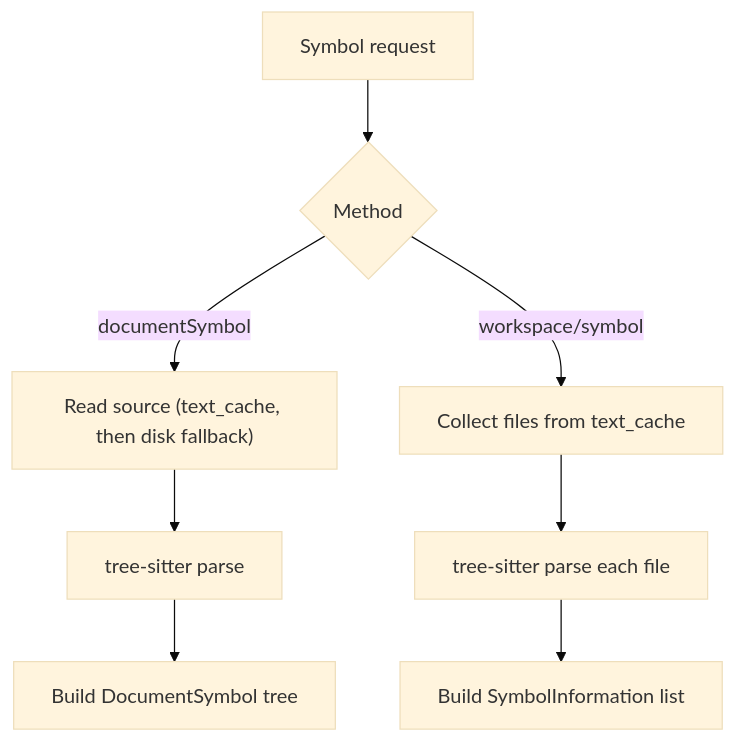
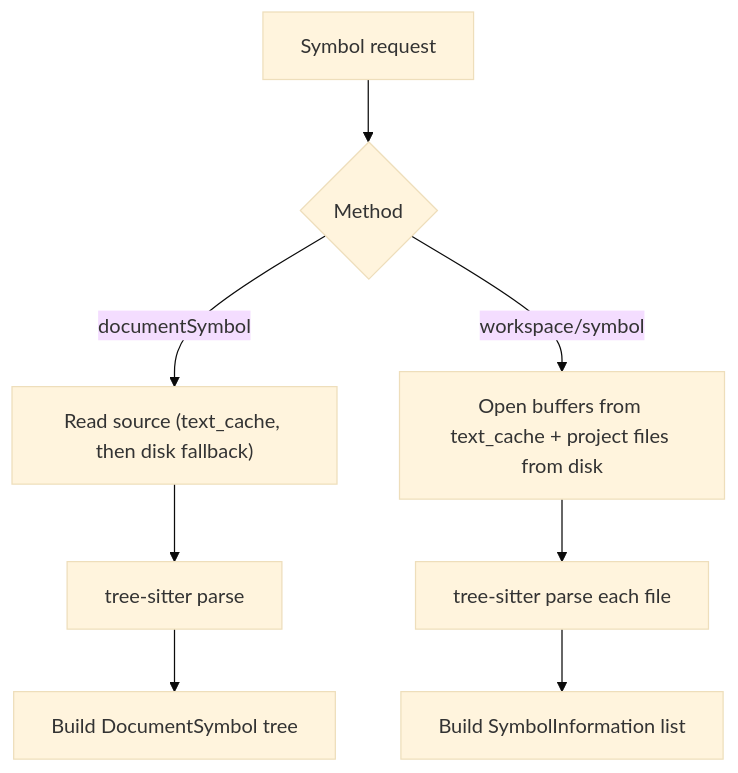
Before and after one commit to asyncswap/solidity-language-server: the diagram in docs/pages/reference/symbols.md, drawn with Mermaid (base theme). The commit also changed other lines of this file and 4 other files, not shown here.

First line of the commit message:
fix(workspace/symbol): search all project source files, not only open buffers

````diff
--- a/docs/pages/reference/symbols.md
+++ b/docs/pages/reference/symbols.md
@@ -22,10 +22,10 @@
 ```mermaid
 flowchart TD
   A["Symbol request"] --> B{"Method"}
   B -->|documentSymbol| C["Read source (text_cache, then disk fallback)"]
-  B -->|workspace/symbol| D["Collect files from text_cache"]
+  B -->|workspace/symbol| D["Open buffers from text_cache + project files from disk"]
   C --> E["tree-sitter parse"]
   D --> F["tree-sitter parse each file"]
   E --> G["Build DocumentSymbol tree"]
   F --> H["Build SymbolInformation list"]
 ```
````
